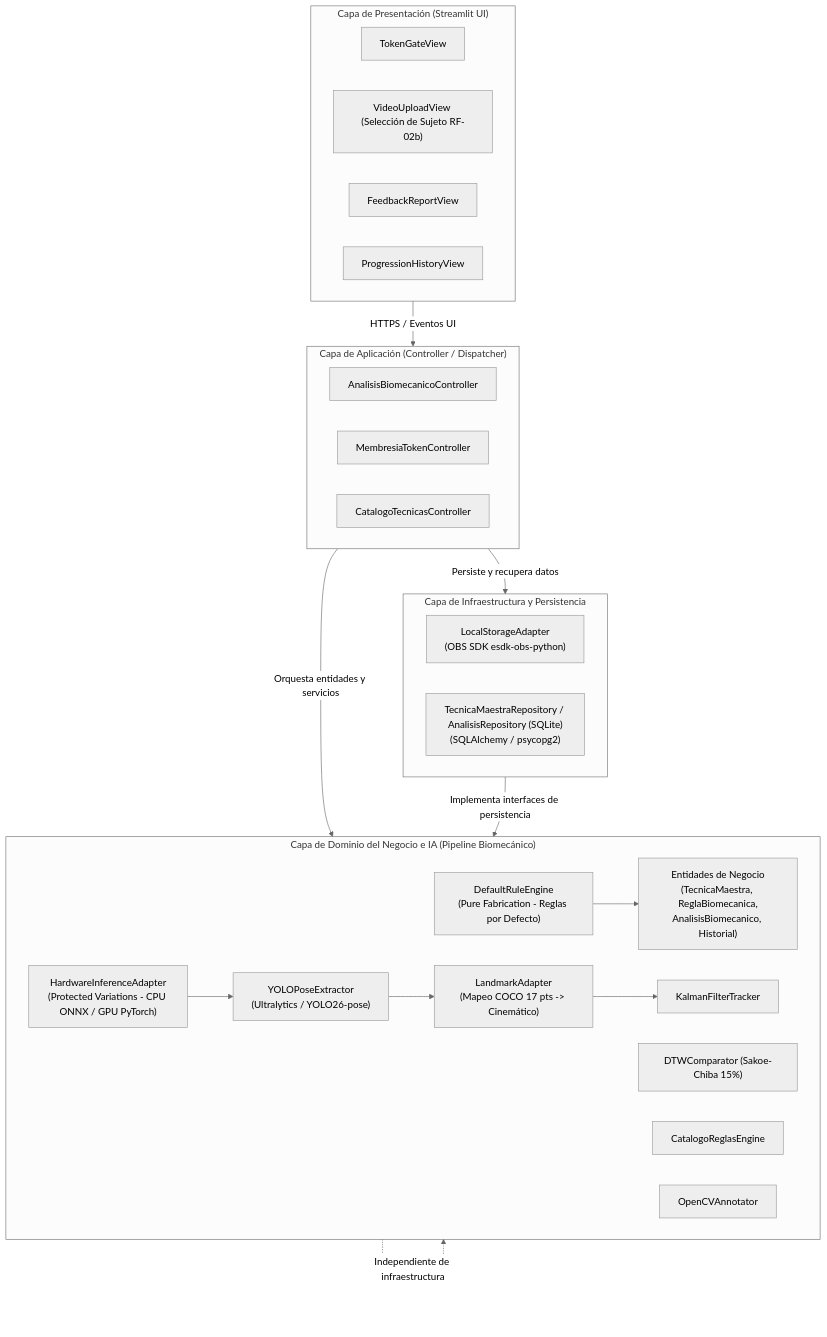
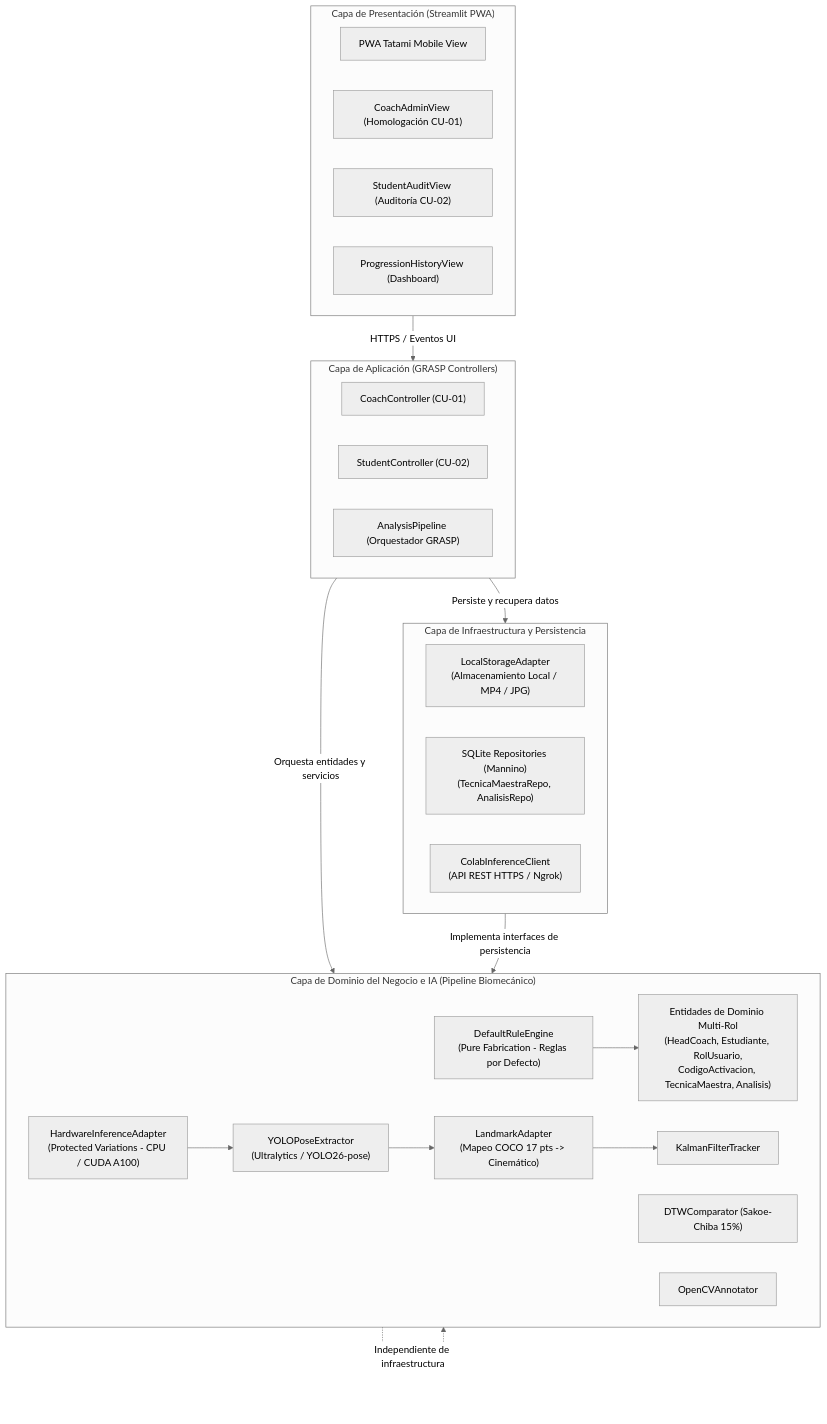
The fourth of 10 diagrams in README.md (Tsmrain/JiuJitsu), drawn with Mermaid (neutral theme) before and after one commit. The commit also changed other lines of this file and 10 other files, not shown here.

Commit message:
feat: add user management entities and controllers with extended pipeline data processing logic

````diff
--- a/README.md
+++ b/README.md
@@ -893,42 +908,42 @@
 ```mermaid
 graph TD
-    subgraph CapaPresentacion["Capa de Presentación (Streamlit UI)"]
-        UI_Login["TokenGateView"]
-        UI_Upload["VideoUploadView (Selección de Sujeto RF-02b)"]
-        UI_Result["FeedbackReportView"]
-        UI_History["ProgressionHistoryView"]
+    subgraph CapaPresentacion["Capa de Presentación (Streamlit PWA)"]
+        UI_Tatami["PWA Tatami Mobile View"]
+        UI_Coach["CoachAdminView (Homologación CU-01)"]
+        UI_Student["StudentAuditView (Auditoría CU-02)"]
+        UI_History["ProgressionHistoryView (Dashboard)"]
     end
 
-    subgraph CapaAplicacion["Capa de Aplicación (Controller / Dispatcher)"]
-        Ctrl_Analisis["AnalisisBiomecanicoController"]
-        Ctrl_Auth["MembresiaTokenController"]
-        Ctrl_Catalogo["CatalogoTecnicasController"]
+    subgraph CapaAplicacion["Capa de Aplicación (GRASP Controllers)"]
+        Ctrl_Coach["CoachController (CU-01)"]
+        Ctrl_Student["StudentController (CU-02)"]
+        Ctrl_Pipeline["AnalysisPipeline (Orquestador GRASP)"]
     end
 
     subgraph CapaDominio["Capa de Dominio del Negocio e IA (Pipeline Biomecánico)"]
-        Dom_Entities["Entidades de Negocio<br/>(TecnicaMaestra, ReglaBiomecanica,<br/>AnalisisBiomecanico, Historial)"]
+        Dom_Entities["Entidades de Dominio Multi-Rol<br/>(HeadCoach, Estudiante, RolUsuario,<br/>CodigoActivacion, TecnicaMaestra, Analisis)"]
         Dom_DefaultRules["DefaultRuleEngine<br/>(Pure Fabrication - Reglas por Defecto)"]
-        Dom_Hardware["HardwareInferenceAdapter<br/>(Protected Variations - CPU ONNX / GPU PyTorch)"]
+        Dom_Hardware["HardwareInferenceAdapter<br/>(Protected Variations - CPU / CUDA A100)"]
         Dom_Pose["YOLOPoseExtractor<br/>(Ultralytics / YOLO26-pose)"]
         Dom_Adapter["LandmarkAdapter<br/>(Mapeo COCO 17 pts -> Cinemático)"]
         Dom_Kalman["KalmanFilterTracker"]
         Dom_DTW["DTWComparator (Sakoe-Chiba 15%)"]
-        Dom_Rules["CatalogoReglasEngine"]
         Dom_OpenCV["OpenCVAnnotator"]
     end
 
     subgraph CapaInfraestructura["Capa de Infraestructura y Persistencia"]
-        Infra_OBS["LocalStorageAdapter<br/>(OBS SDK esdk-obs-python)"]
-        Infra_DB["TecnicaMaestraRepository / AnalisisRepository (SQLite)<br/>(SQLAlchemy / psycopg2)"]
+        Infra_Storage["LocalStorageAdapter<br/>(Almacenamiento Local / MP4 / JPG)"]
+        Infra_DB["SQLite Repositories (Mannino)<br/>(TecnicaMaestraRepo, AnalisisRepo)"]
+        Infra_ColabClient["ColabInferenceClient<br/>(API REST HTTPS / Ngrok)"]
     end
 
     CapaPresentacion -->|HTTPS / Eventos UI| CapaAplicacion
     CapaAplicacion -->|Orquesta entidades y servicios| CapaDominio
     CapaAplicacion -->|Persiste y recupera datos| CapaInfraestructura
     Dom_Hardware --> Dom_Pose
     Dom_Pose --> Dom_Adapter
     Dom_Adapter --> Dom_Kalman
     Dom_DefaultRules --> Dom_Entities
     CapaDominio -.->|Independiente de infraestructura| CapaDominio
     CapaInfraestructura -->|Implementa interfaces de persistencia| CapaDominio
 ```
````
